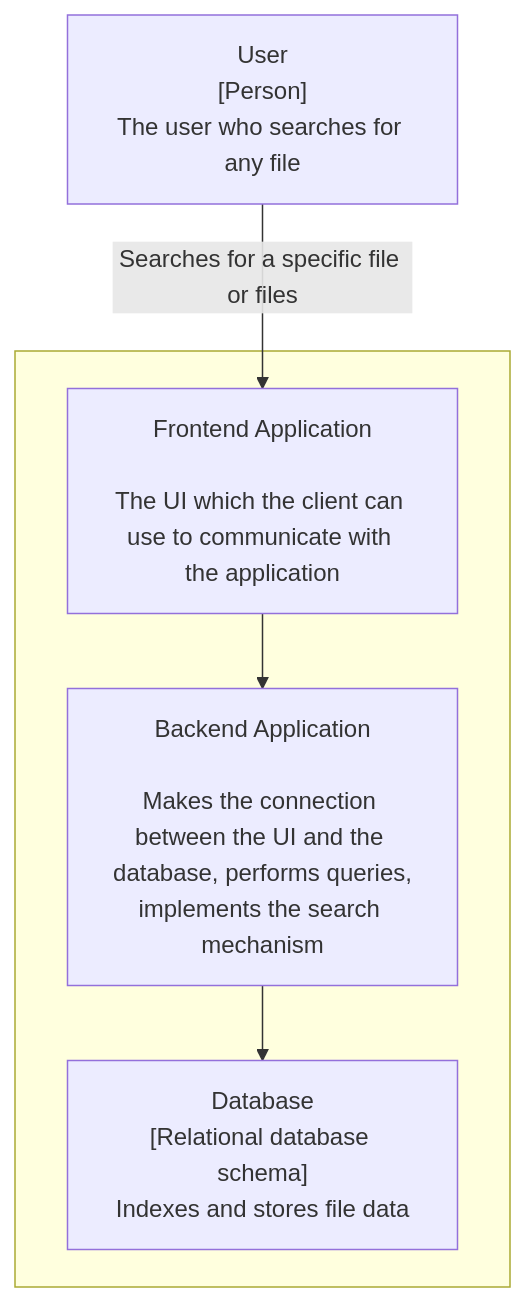
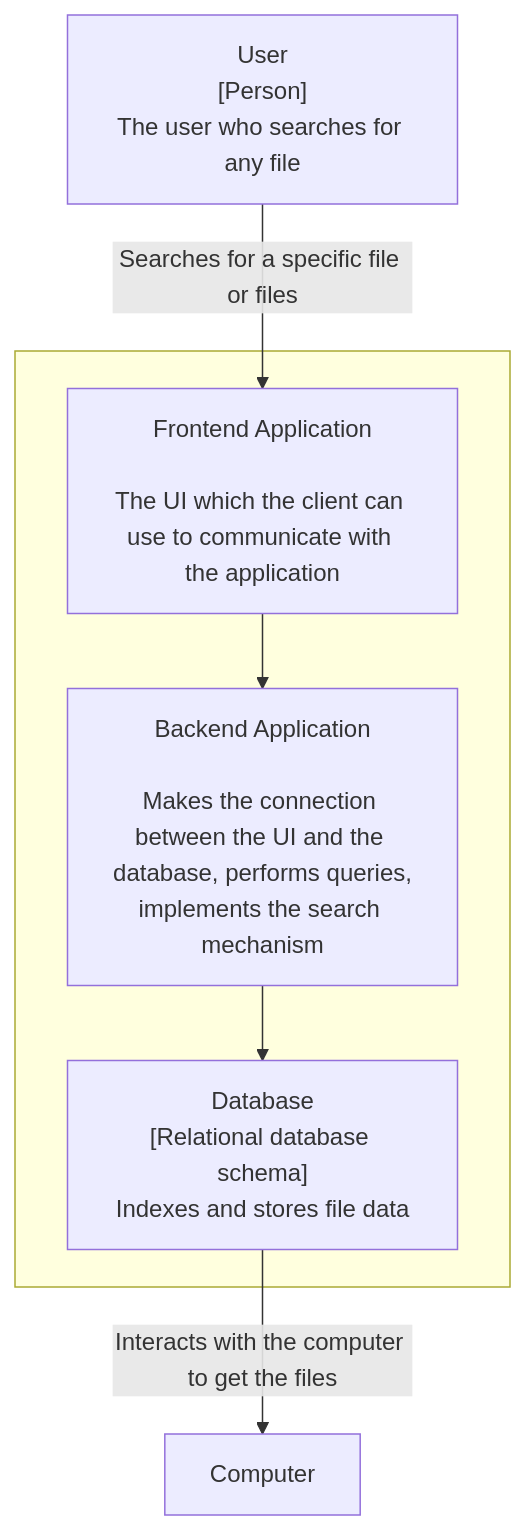
The second of 2 diagrams in ARCHITECTURE.md (moldovanolimpiu/File-Search-Engine), drawn with Mermaid before and after one commit.

````diff
--- a/ARCHITECTURE.md
+++ b/ARCHITECTURE.md
@@ -14,14 +14,15 @@
 ``` mermaid
 
 flowchart TD
     subgraph Group1[" "]
         A
         B
         C
     end
     D["User\n[Person]\nThe user who searches for any file"] -->|Searches for a specific file or files| C
     C["Frontend Application\n\nThe UI which the client can use to communicate with the application"] --> A["Backend Application\n\nMakes the connection between the UI and the database, performs queries,
 implements the search mechanism"]
     A --> B["Database\n[Relational database schema]\nIndexes and stores file data"]
+    B-->|Interacts with the computer to get the files| E["Computer"]
 
 ```
````
